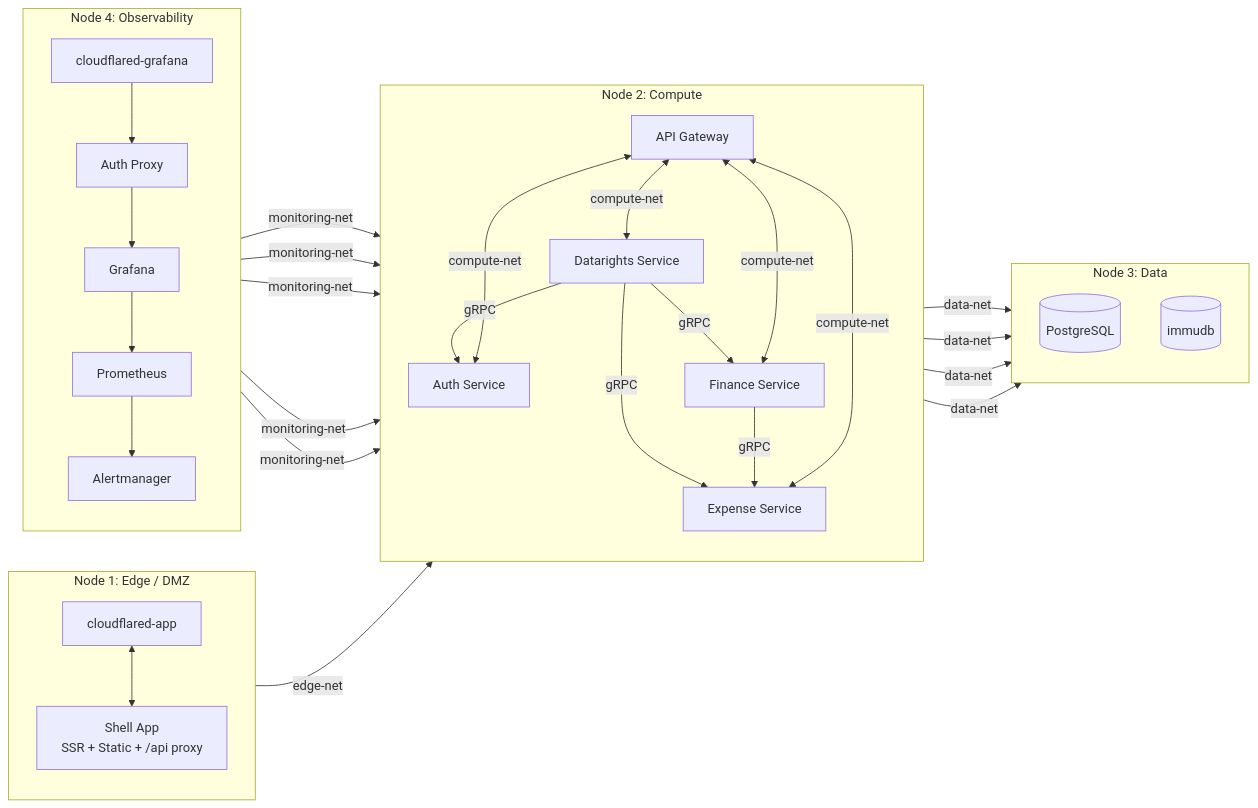
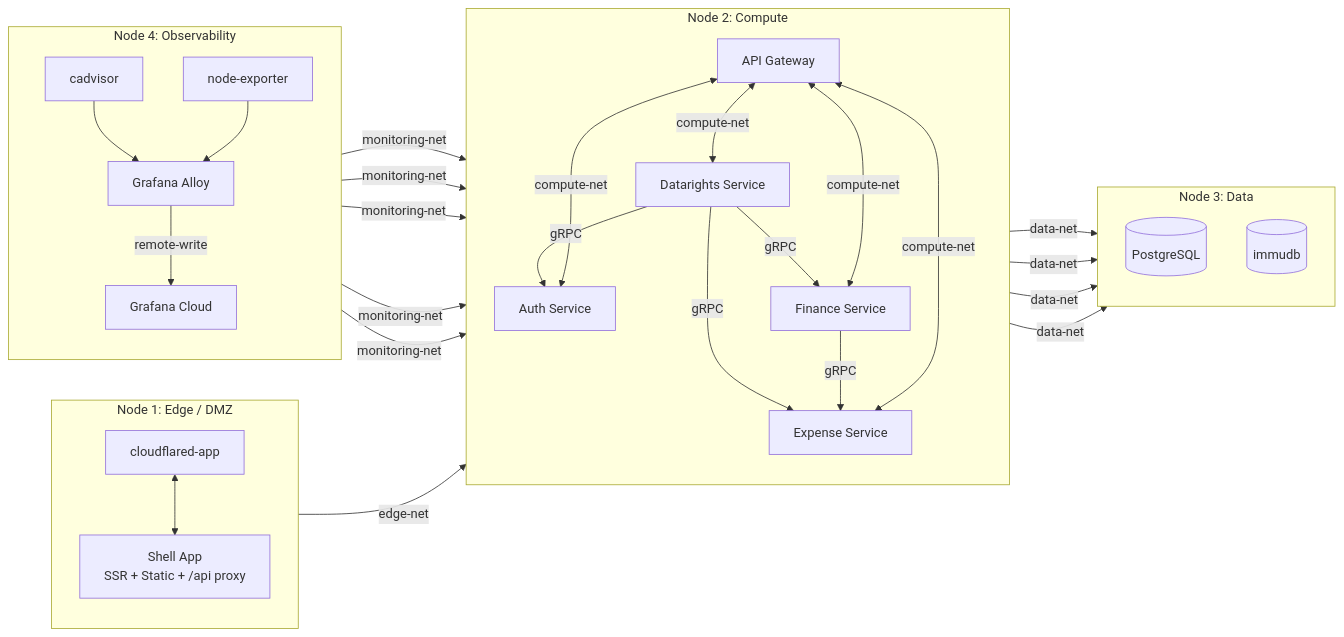
Before and after one commit to ItsThompson/gofin: the first of 5 diagrams in docs/architecture.md, drawn with Mermaid. The commit also changed other lines of this file and 3 other files, not shown here.

First line of the commit message:
docs: update monitoring, architecture, and CI/CD docs for Grafana Cloud migration

````diff
--- a/docs/architecture.md
+++ b/docs/architecture.md
@@ -9,58 +9,57 @@
 ```mermaid
 graph LR
     subgraph Node1[Node 1: Edge / DMZ]
         direction TB
         MFE[Shell App<br/>SSR + Static + /api proxy]
         CF1[cloudflared-app]
     end
 
     subgraph Node2[Node 2: Compute]
         direction TB
         GW[API Gateway]
         AS[Auth Service]
         ES[Expense Service]
         FS[Finance Service]
         DR[Datarights Service]
     end
 
     subgraph Node3[Node 3: Data]
         direction TB
         PG[(PostgreSQL)]
         IM[(immudb)]
     end
 
     subgraph Node4[Node 4: Observability]
         direction TB
-        PR[Prometheus]
-        AL[Alertmanager]
-        GR[Grafana]
-        AP[Auth Proxy]
-        CF2[cloudflared-grafana]
+        ALLOY[Grafana Alloy]
+        CAD[cadvisor]
+        NE[node-exporter]
+        GC[Grafana Cloud]
     end
 
     CF1 <--> MFE
     MFE -->|edge-net| GW
 
     GW <-->|compute-net| AS
     GW <-->|compute-net| ES
     GW <-->|compute-net| FS
     GW <-->|compute-net| DR
     FS -->|gRPC| ES
     DR -->|gRPC| AS
     DR -->|gRPC| ES
     DR -->|gRPC| FS
 
     AS -->|data-net| PG
     FS -->|data-net| PG
     DR -->|data-net| PG
     ES -->|data-net| IM
 
-    PR -->|monitoring-net| GW
-    PR -->|monitoring-net| AS
-    PR -->|monitoring-net| ES
-    PR -->|monitoring-net| FS
-    PR -->|monitoring-net| DR
-    PR --> AL
-    GR --> PR
-    CF2 --> AP --> GR
+    ALLOY -->|monitoring-net| GW
+    ALLOY -->|monitoring-net| AS
+    ALLOY -->|monitoring-net| ES
+    ALLOY -->|monitoring-net| FS
+    ALLOY -->|monitoring-net| DR
+    CAD --> ALLOY
+    NE --> ALLOY
+    ALLOY -->|remote-write| GC
 ```
````
